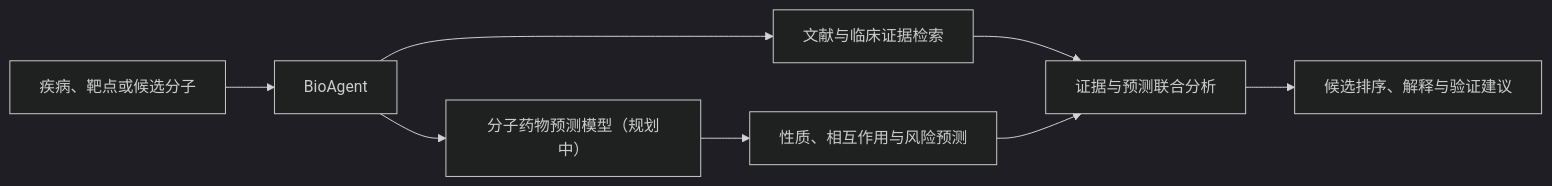
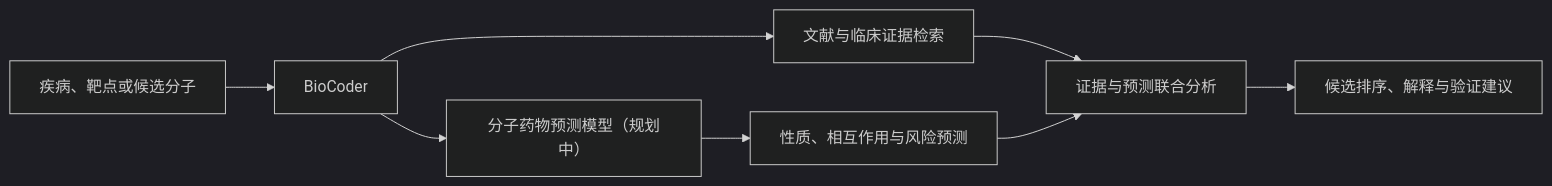
Before and after one commit to Mainenp/BioCoder: the second of 2 diagrams in README.md, drawn with Mermaid (dark theme). The commit also changed other lines of this file, not shown here.

Commit message:
docs: rename BioAgent to BioCoder

````diff
--- a/README.md
+++ b/README.md
@@ -144,10 +144,10 @@
 ```mermaid
 flowchart LR
-    I["疾病、靶点或候选分子"] --> A["BioAgent"]
+    I["疾病、靶点或候选分子"] --> A["BioCoder"]
     A --> E["文献与临床证据检索"]
     A --> D["分子药物预测模型（规划中）"]
     D --> V["性质、相互作用与风险预测"]
     E --> S["证据与预测联合分析"]
     V --> S
     S --> O["候选排序、解释与验证建议"]
 ```
````
